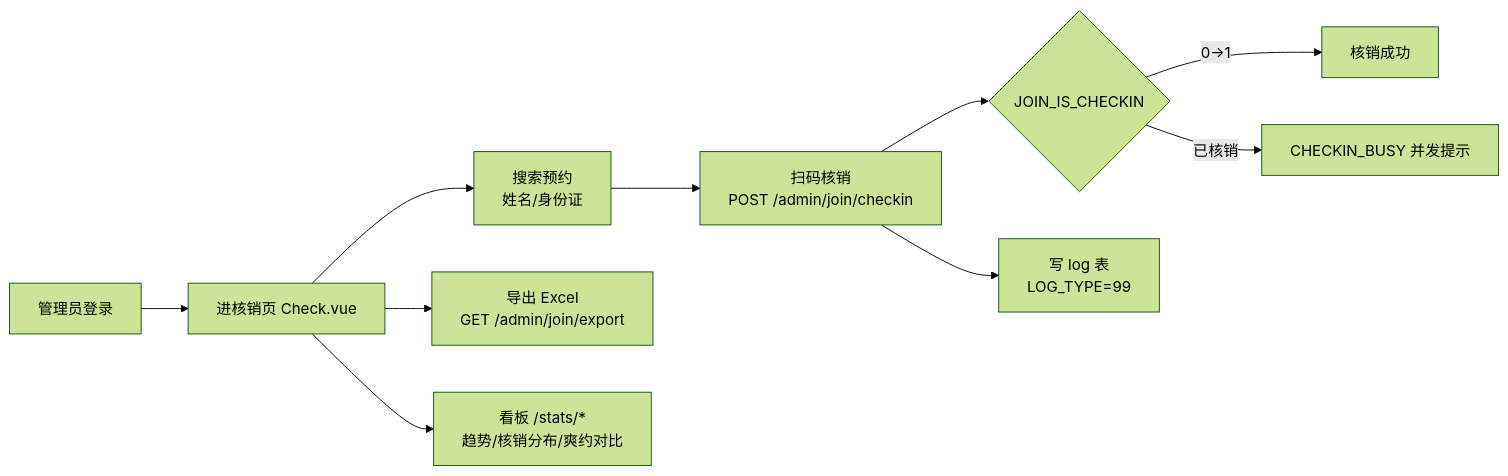
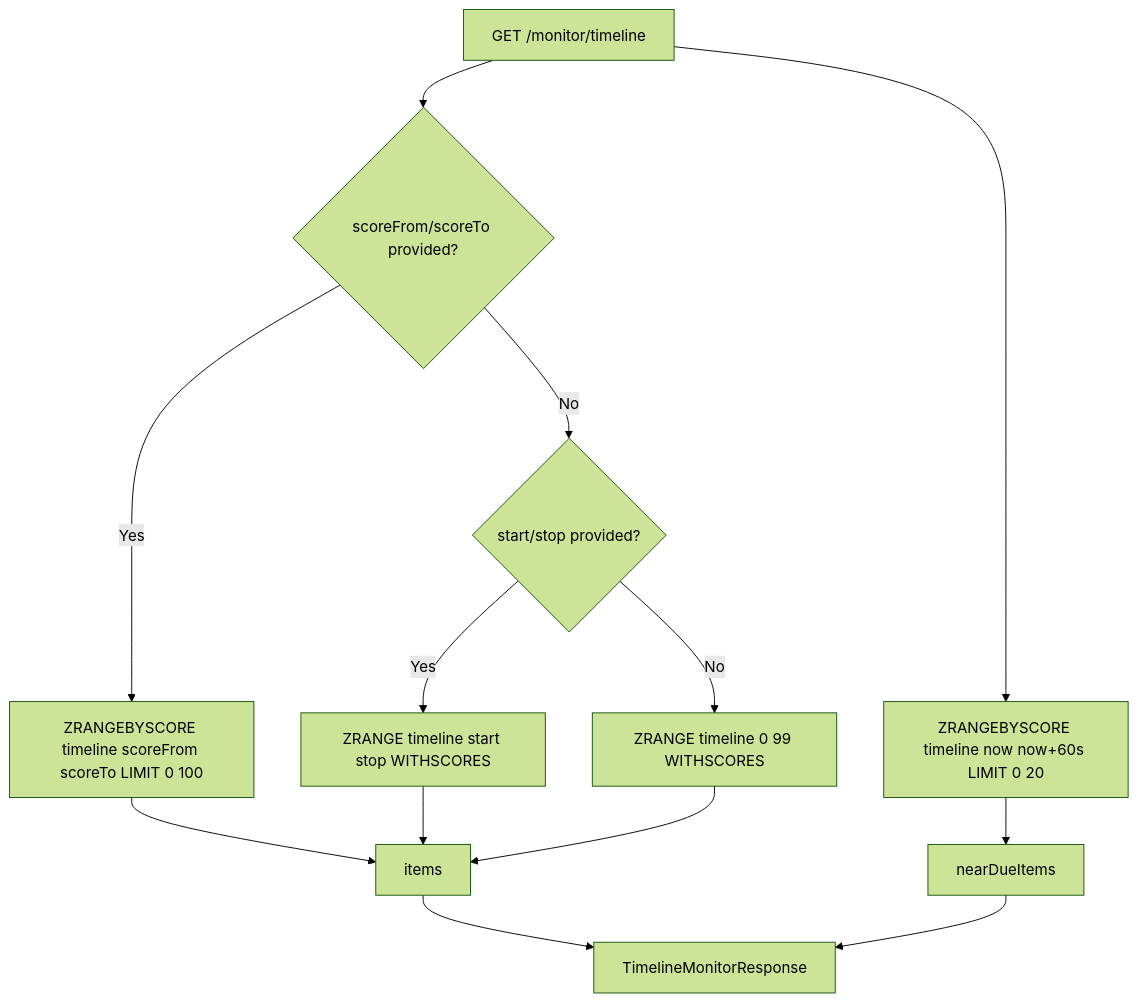
Diagram 18 of 18 in project-docs/FLOWS.md (kilogram11/Museum-Reservations), drawn with Mermaid (forest theme) before and after one commit. The commit also changed other lines of this file and 64 other files, not shown here.

````diff
--- a/project-docs/FLOWS.md
+++ b/project-docs/FLOWS.md
@@ -309,12 +535,18 @@
 ```mermaid
-flowchart LR
-    A[管理员登录] --> B[进核销页 Check.vue]
-    B --> C[搜索预约<br/>姓名/身份证]
-    C --> D[扫码核销<br/>POST /admin/join/checkin]
-    D --> E{JOIN_IS_CHECKIN}
-    E -- 0→1 --> F[核销成功]
-    E -- 已核销 --> G[CHECKIN_BUSY 并发提示]
-    D --> H[写 log 表<br/>LOG_TYPE=99]
-    B --> I[导出 Excel<br/>GET /admin/join/export]
-    B --> J[看板 /stats/*<br/>趋势/核销分布/爽约对比]
+flowchart TD
+    A[GET /monitor/timeline] --> B{scoreFrom/scoreTo provided?}
+    B -->|Yes| C[ZRANGEBYSCORE timeline scoreFrom scoreTo LIMIT 0 100]
+    B -->|No| D{start/stop provided?}
+    D -->|Yes| E[ZRANGE timeline start stop WITHSCORES]
+    D -->|No| F[ZRANGE timeline 0 99 WITHSCORES]
+
+    C --> G[items]
+    E --> G
+    F --> G
+
+    A --> H[ZRANGEBYSCORE timeline now now+60s LIMIT 0 20]
+    H --> I[nearDueItems]
+
+    G --> J[TimelineMonitorResponse]
+    I --> J
 ```
````
